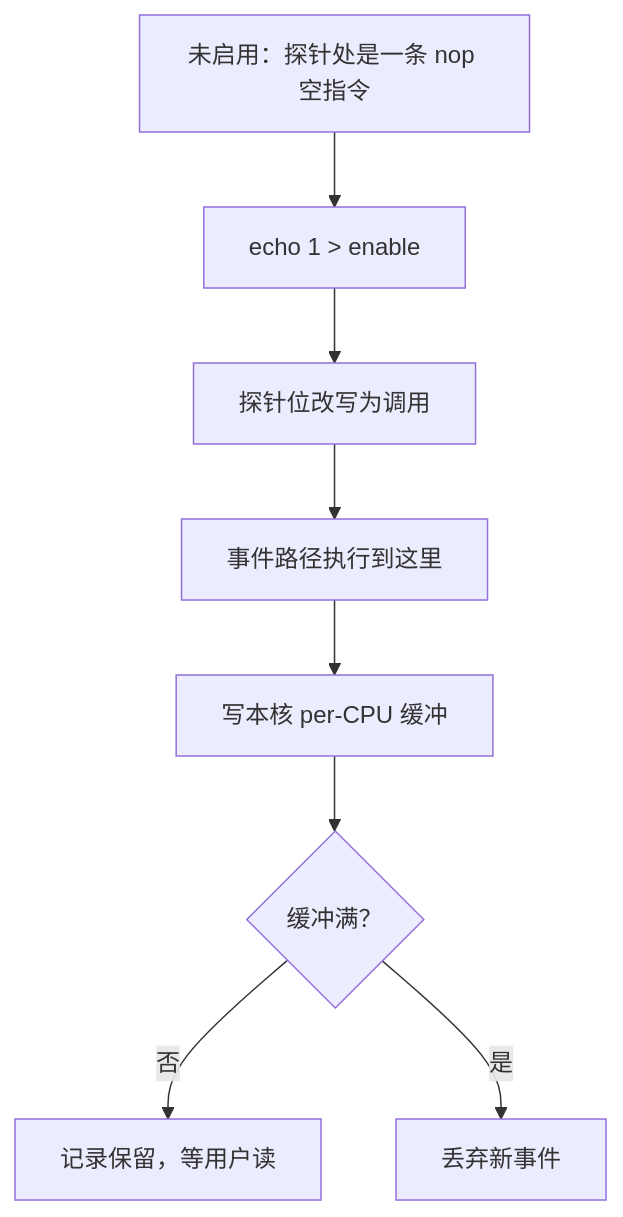
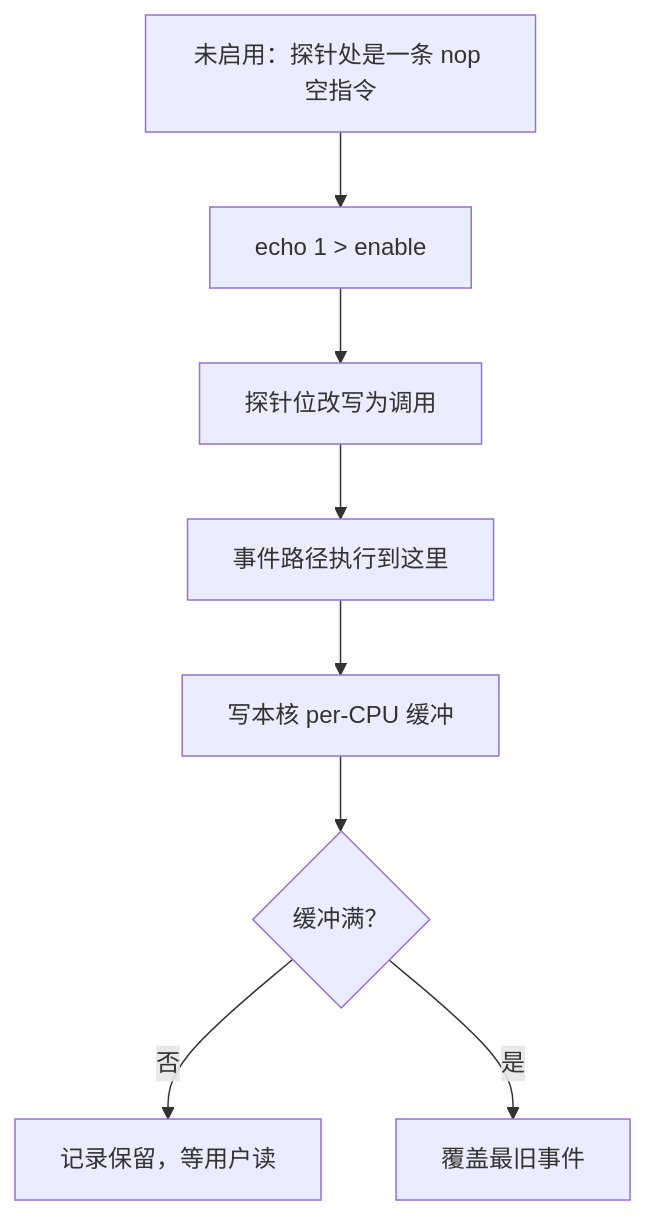
Before and after one commit to xhongduo-tech/xhongduo-tech.github.io: the second of 2 diagrams in docs/cs/ftrace-tracepoints.md, drawn with Mermaid. The commit also changed 5 other files, not shown here.

````diff
--- a/docs/cs/ftrace-tracepoints.md
+++ b/docs/cs/ftrace-tracepoints.md
@@ -43,10 +43,10 @@
 ```mermaid
 flowchart TD
   NOP["未启用：探针处是一条 nop 空指令"] --> ECHO["echo 1 > enable"]
   ECHO --> PATCH["探针位改写为调用"]
   PATCH --> FIRE["事件路径执行到这里"]
   FIRE --> WRITE["写本核 per-CPU 缓冲"]
   WRITE --> FULL{"缓冲满？"}
   FULL -- "否" --> KEEP["记录保留，等用户读"]
-  FULL -- "是" --> DROP["丢弃新事件"]
+  FULL -- "是" --> DROP["覆盖最旧事件"]
 ```
````
